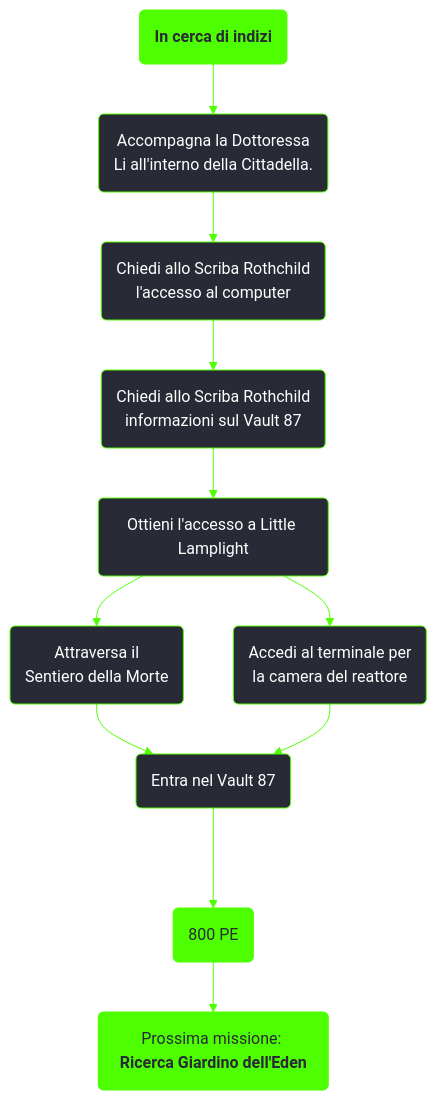
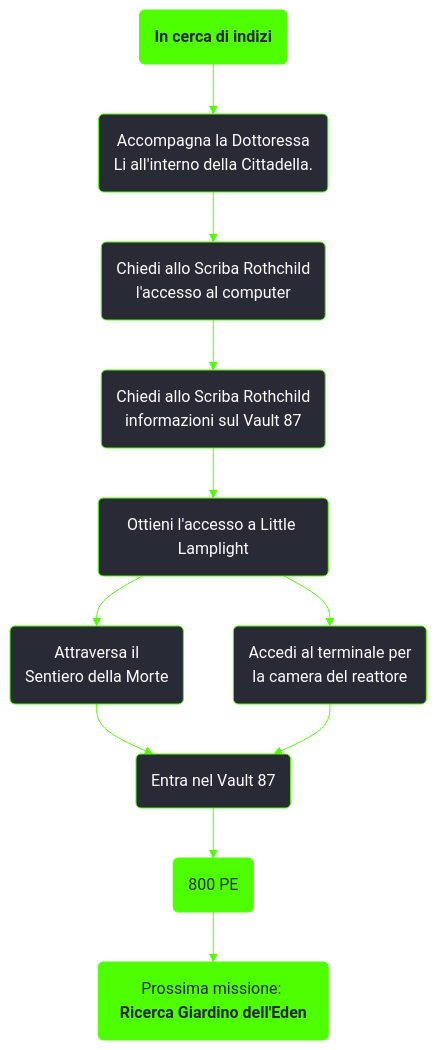
Before and after one commit to persy/wastelander: the diagram in content/voci/fallout 3/missioni/In cerca di indizi.md, drawn with Mermaid. The commit also changed 20 other files, not shown here.

````diff
--- a/content/voci/fallout 3/missioni/In cerca di indizi.md
+++ b/content/voci/fallout 3/missioni/In cerca di indizi.md
@@ -31,21 +31,21 @@
 ```mermaid
 %%{init: {'theme': 'base', 'themeVariables': { 'primaryColor': '#282a36', 'primaryBorderColor': '#4eff01', 'primaryTextColor': '#fff', 'lineColor': '#4eff01', 'fontFamily': 'Jura'}}}%%
 graph TD;
     id1(<b>In cerca di indizi</b>):::questfo3
     id2(Accompagna la Dottoressa <br />Li all'interno della Cittadella. )
     id3(Chiedi allo Scriba Rothchild <br />l'accesso al computer)
     id4(Chiedi allo Scriba Rothchild <br />informazioni sul Vault 87)
     id5(Ottieni l'accesso a Little Lamplight)  
     id6(Attraversa il <br />Sentiero della Morte)
     id7(Accedi al terminale per <br />la camera del reattore)
     id8(Entra nel Vault 87)
     id9(800 PE):::rewardfo3
     id10(Prossima missione: <b>Ricerca Giardino dell'Eden</b>):::questfo3
-    id1-->id2-->id3-->id4-->id5-->id6-->id8--->id9-->id10
+    id1-->id2-->id3-->id4-->id5-->id6-->id8-->id9-->id10
     id5-->id7-->id8
     
     
     click id10 "../ricerca-giardino-delleden"
     classDef rewardfo3 fill:#4eff01, stroke:#4eff01, color:#282a36;
     classDef questfo3 fill:#4eff01, stroke:#4eff01, color:#282a36;
 ```
````
